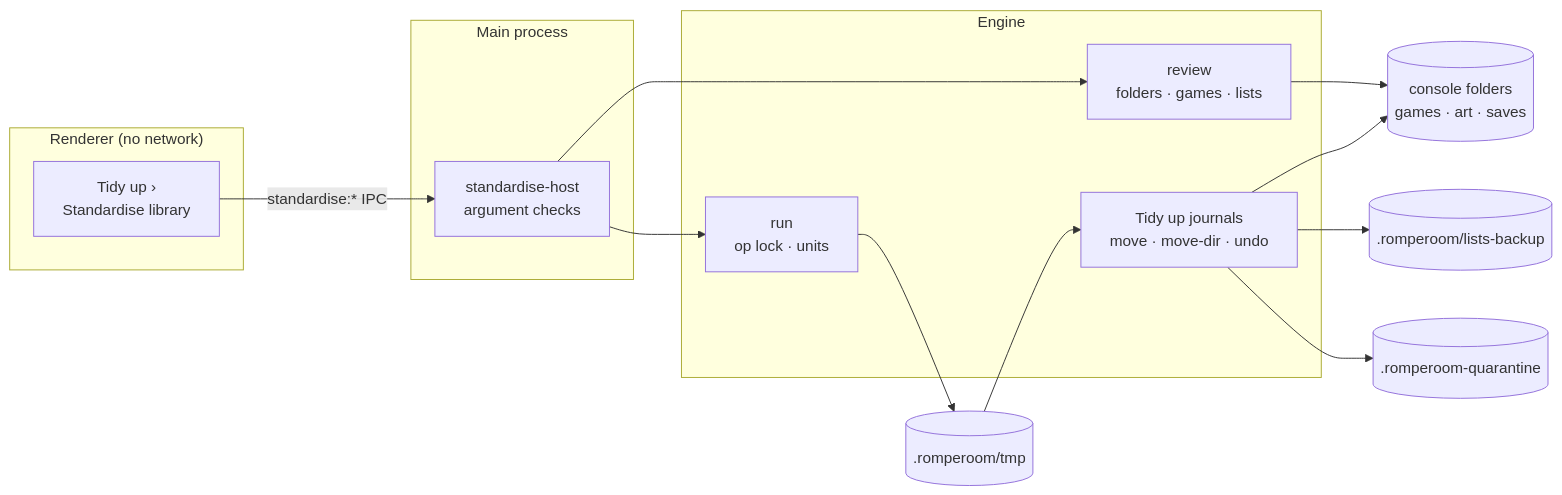
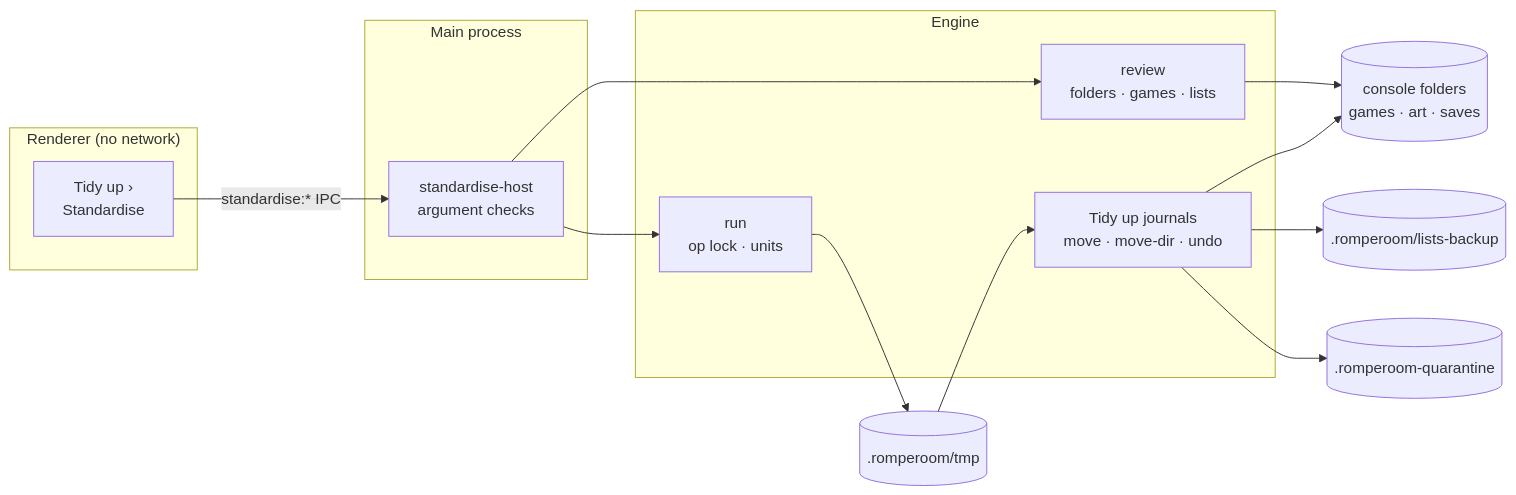
Before and after one commit to MakerCorn/romperoom-releases: diagram 16 of 18 in docs/architecture.md, drawn with Mermaid. The commit also changed other lines of this file and 77 other files, not shown here.

````diff
--- a/docs/architecture.md
+++ b/docs/architecture.md
@@ -1383,21 +1484,21 @@
 ```mermaid
 flowchart LR
   subgraph R["Renderer (no network)"]
-    P["Tidy up ›<br/>Standardise library"]
+    P["Tidy up ›<br/>Standardise"]
   end
   subgraph M["Main process"]
     H["standardise-host<br/>argument checks"]
   end
   subgraph E["Engine"]
     RV["review<br/>folders · games · lists"]
     RN["run<br/>op lock · units"]
     J["Tidy up journals<br/>move · move-dir · undo"]
   end
   P -- "standardise:* IPC" --> H --> RV
   H --> RN
   RV --> LIB[("console folders<br/>games · art · saves")]
   RN --> TMP[(".romperoom/tmp")] --> J
   J --> LIB
   J --> BAK[(".romperoom/lists-backup")]
   J --> Q[(".romperoom-quarantine")]
 ```
````
